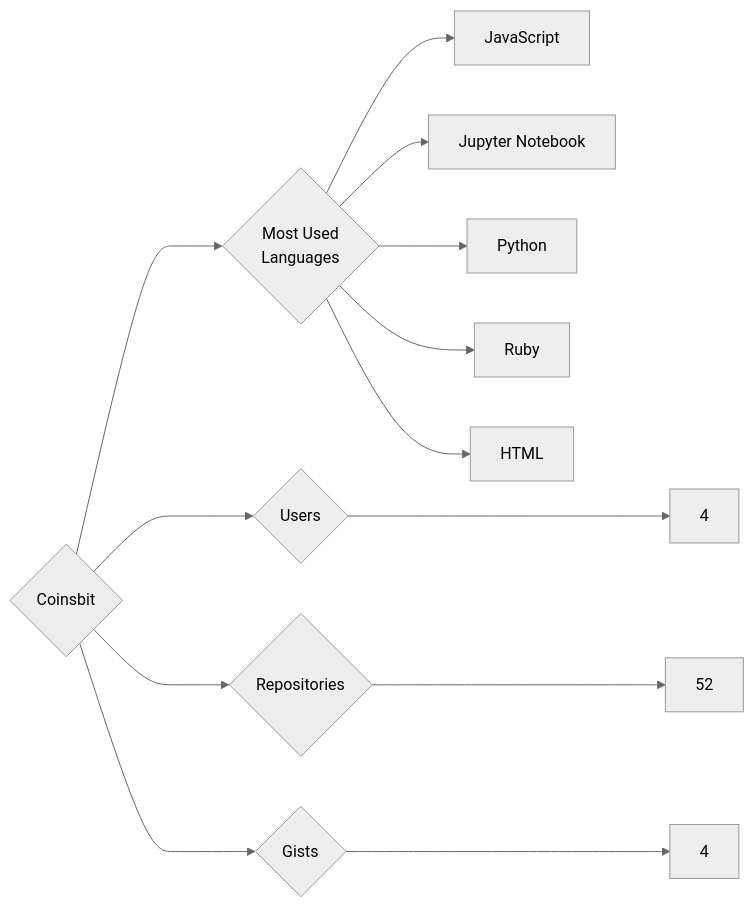
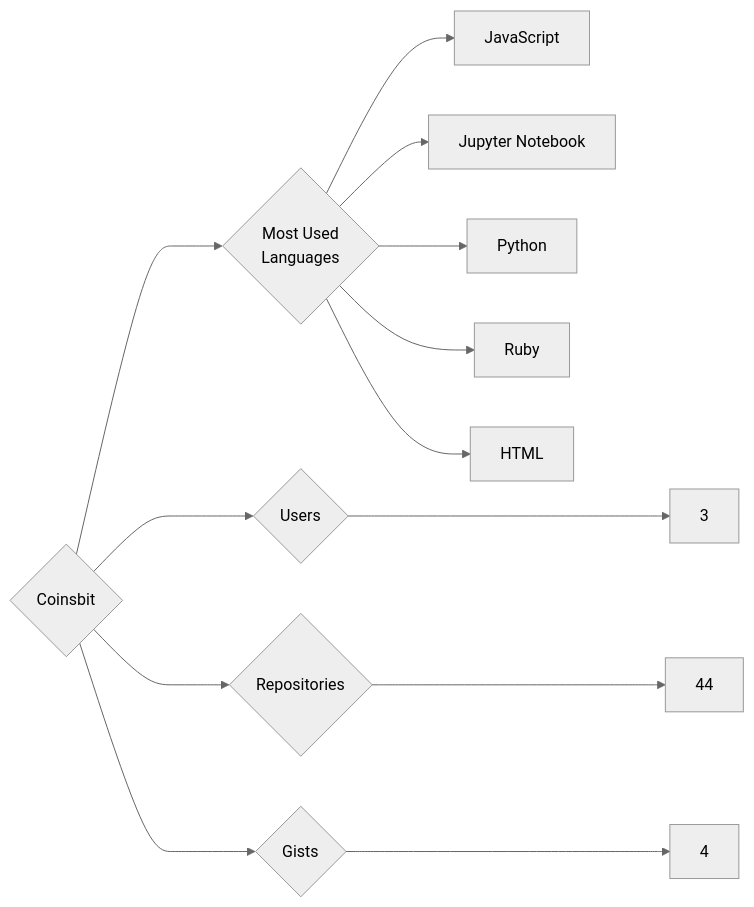
One commit to trickest/insiders changed the diagram in targets/Coinsbit/README.md. Above: the diagram before and after it, drawn with Mermaid (neutral theme). The commit also changed 1023 other files, not shown here.

````diff
--- a/targets/Coinsbit/README.md
+++ b/targets/Coinsbit/README.md
@@ -3,13 +3,13 @@
 ```mermaid
 graph LR
 COMPANY_NAME{Coinsbit}
-COMPANY_NAME ---> U{Users} ---> UN[4]
-COMPANY_NAME ---> R{Repositories} ---> RN[52]
+COMPANY_NAME ---> U{Users} ---> UN[3]
+COMPANY_NAME ---> R{Repositories} ---> RN[44]
 COMPANY_NAME ---> G{Gists} ---> GN[4]
 COMPANY_NAME ---> ML{Most Used<br>Languages}
 ML --> JavaScript[JavaScript]
 ML --> Jupyter_Notebook[Jupyter Notebook]
 ML --> Python[Python]
 ML --> Ruby[Ruby]
 ML --> HTML[HTML]
 ```
````
